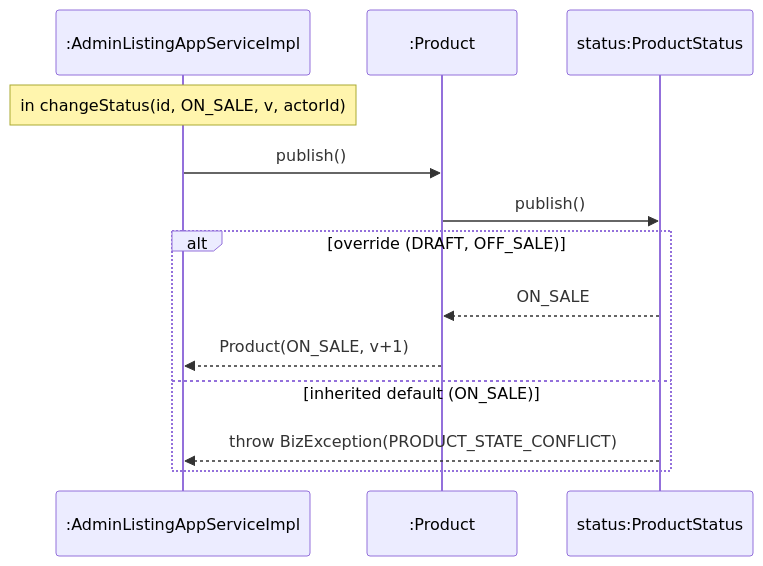
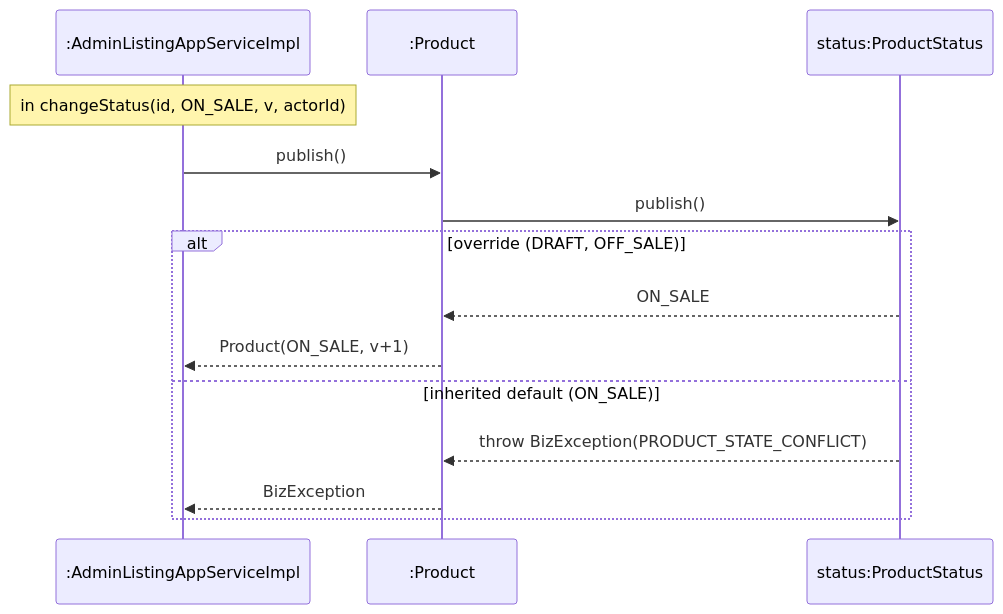
One commit to PPsyrius/iss-groupbuy-team8 changed the fifth of 6 diagrams in docs/swe5006/report/sections/03-5-5-liu-jin.md. Above: the diagram before and after it, drawn with Mermaid.

Commit message:
docs(report): Figure 3.137 draws the refused publish passing back through Product at 3.5.5 (#463) [owner: Liu Jin]
In the inherited-default branch the state's exception went straight to
the application service and skipped Product. Product's bar was reopened
with nothing on it, and the throw arrow crossed it. The exception now
returns from the state to Product, and Product passes it on to the
application service.

Product.publish() delegates to its state with transition(status.publish())
and has no catch, so the state's exception leaves through Product
(backend/blocbuy-domain/src/main/java/com/blocbuy/catalog/model/Product.java:288@6d14e449);
the inherited default throws PRODUCT_STATE_CONFLICT
(backend/blocbuy-domain/src/main/java/com/blocbuy/catalog/model/ProductStatus.java:53@6d14e449).

Owner: Liu Jin

Evidence-skipped: report figure; the sprint log entry of this PR covers it
Claude-Session: https://claude.ai/code/session_01JW6rqhVURQAqLAddc56V99

````diff
--- a/docs/swe5006/report/sections/03-5-5-liu-jin.md
+++ b/docs/swe5006/report/sections/03-5-5-liu-jin.md
@@ -220,15 +220,16 @@
 ```mermaid
 sequenceDiagram
   participant A as :AdminListingAppServiceImpl
   participant P as :Product
   participant S as status:ProductStatus
   Note over A: in changeStatus(id, ON_SALE, v, actorId)
   A->>P: publish()
   P->>S: publish()
   alt override (DRAFT, OFF_SALE)
     S-->>P: ON_SALE
     P-->>A: Product(ON_SALE, v+1)
   else inherited default (ON_SALE)
-    S-->>A: throw BizException(PRODUCT_STATE_CONFLICT)
+    S-->>P: throw BizException(PRODUCT_STATE_CONFLICT)
+    P-->>A: BizException
   end
 ```
````
